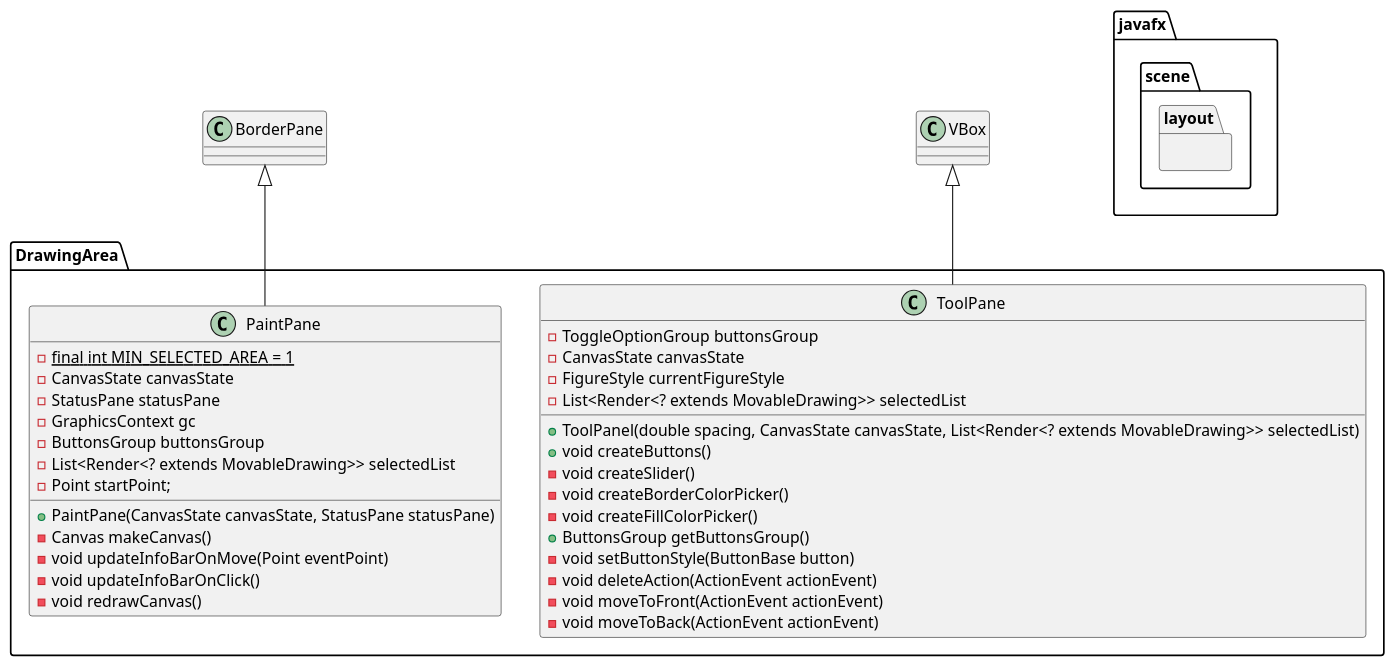
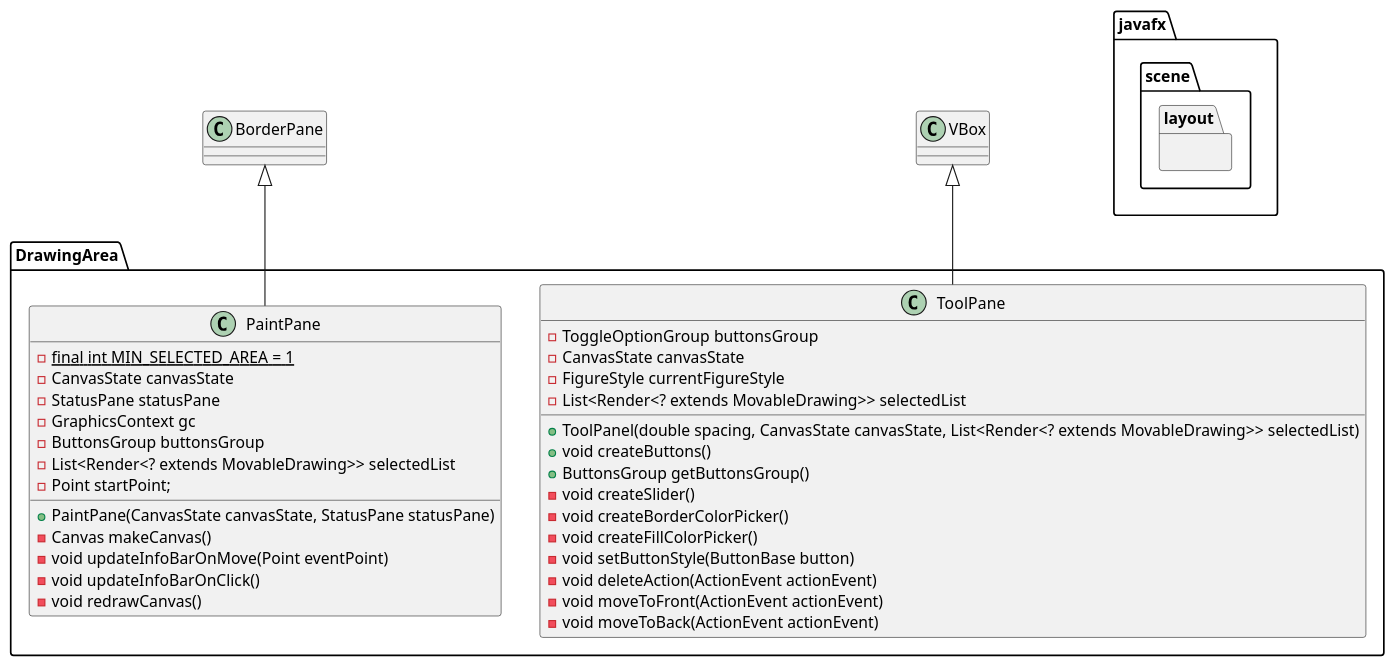
One commit to camilaDiToro/PAINT-TP-FINAL-POO changed the diagram in src/main/java/UML's/DrawingArea.puml. Above: the diagram before and after it, drawn with PlantUML. The commit also changed other lines of this file and 1 other file, not shown here.

Commit message:
UML updated

```diff
--- a/src/main/java/UML's/DrawingArea.puml
+++ b/src/main/java/UML's/DrawingArea.puml
@@ -1,44 +1,44 @@
 @startuml
 'https://plantuml.com/sequence-diagram
 
 package DrawingArea{
 
 class ToolPane {
     - ToggleOptionGroup buttonsGroup
     - CanvasState canvasState
     - FigureStyle currentFigureStyle
     - List<Render<? extends MovableDrawing>> selectedList
 
     + ToolPanel(double spacing, CanvasState canvasState, List<Render<? extends MovableDrawing>> selectedList)
     + void createButtons()
+    + ButtonsGroup getButtonsGroup()
     - void createSlider()
     - void createBorderColorPicker()
     - void createFillColorPicker()
-    + ButtonsGroup getButtonsGroup()
     - void setButtonStyle(ButtonBase button)
     - void deleteAction(ActionEvent actionEvent)
     - void moveToFront(ActionEvent actionEvent)
     - void moveToBack(ActionEvent actionEvent)
 }
 
 class PaintPane {
     - {static} final int MIN_SELECTED_AREA = 1
     - CanvasState canvasState
     - StatusPane statusPane
     - GraphicsContext gc
     - ButtonsGroup buttonsGroup
     - List<Render<? extends MovableDrawing>> selectedList
     - Point startPoint;
     + PaintPane(CanvasState canvasState, StatusPane statusPane)
     - Canvas makeCanvas()
     - void updateInfoBarOnMove(Point eventPoint)
     - void updateInfoBarOnClick()
     - void redrawCanvas()
 }
 }
 
 package javafx.scene.layout {
     .BorderPane <|-- PaintPane
     .VBox <|-- ToolPane
 }
 @enduml
```
